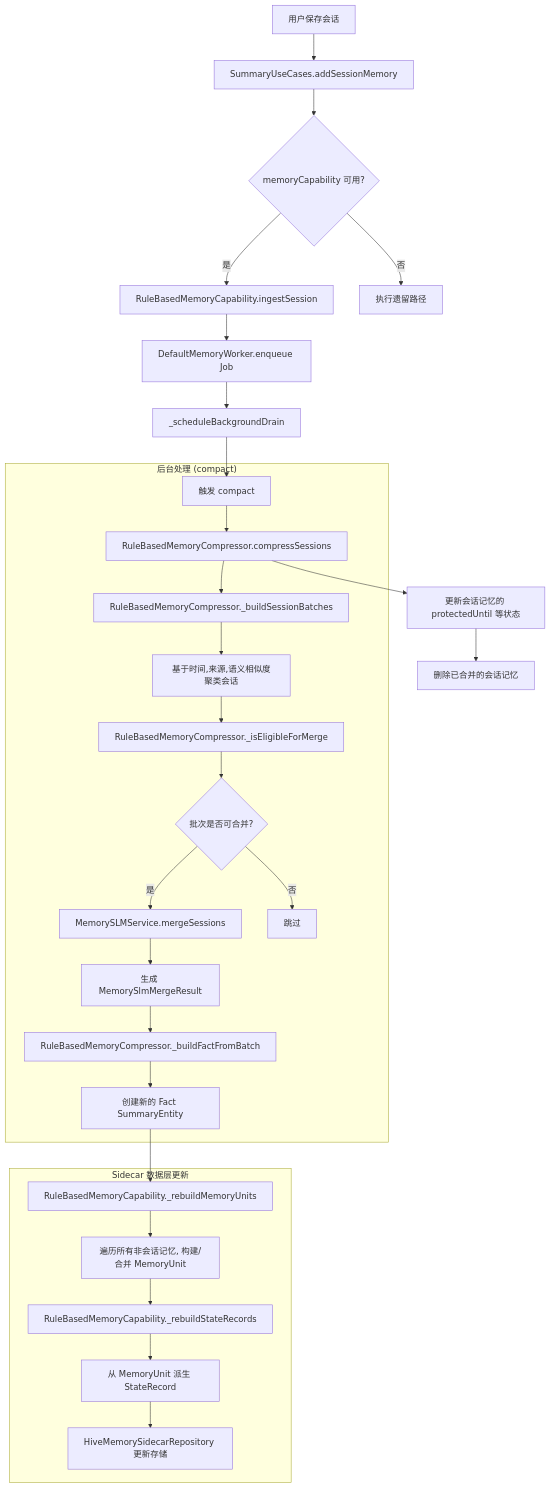
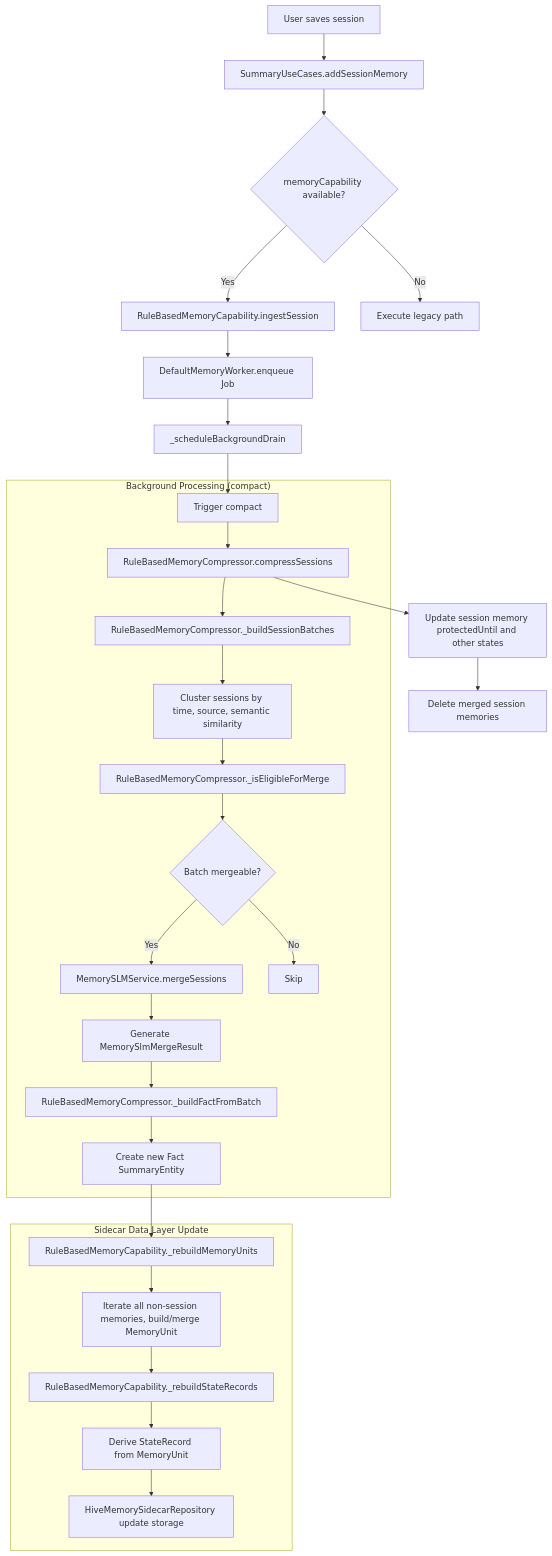
Before and after one commit to weihong363/local-vault: the diagram in docs/ENHANCEMENT_PROCESS.md, drawn with Mermaid. The commit also changed other lines of this file and 20 other files, not shown here.

````diff
--- a/docs/ENHANCEMENT_PROCESS.md
+++ b/docs/ENHANCEMENT_PROCESS.md
@@ -158,35 +187,35 @@
 ```mermaid
 graph TD
-    A[用户保存会话] --> B[SummaryUseCases.addSessionMemory]
-    B --> C{memoryCapability 可用?}
-    C -->|是| D[RuleBasedMemoryCapability.ingestSession]
-    C -->|否| E[执行遗留路径]
+  A[User saves session] --> B[SummaryUseCases.addSessionMemory]
+  B --> C{memoryCapability available?}
+  C -->|Yes| D[RuleBasedMemoryCapability.ingestSession]
+  C -->|No| E[Execute legacy path]
     D --> F[DefaultMemoryWorker.enqueue Job]
     F --> G[_scheduleBackgroundDrain]
-    G --> H[触发 compact]
+  G --> H[Trigger compact]
 
-    subgraph "后台处理 (compact)"
+  subgraph "Background Processing (compact)"
         H --> I[RuleBasedMemoryCompressor.compressSessions]
         I --> J[RuleBasedMemoryCompressor._buildSessionBatches]
-        J --> K[基于时间,来源,语义相似度聚类会话]
+    J --> K[Cluster sessions by time, source, semantic similarity]
         K --> L[RuleBasedMemoryCompressor._isEligibleForMerge]
-        L --> M{批次是否可合并?}
-        M -->|是| N[MemorySLMService.mergeSessions]
-        M -->|否| O[跳过]
-        N --> P[生成 MemorySlmMergeResult]
+    L --> M{Batch mergeable?}
+    M -->|Yes| N[MemorySLMService.mergeSessions]
+    M -->|No| O[Skip]
+    N --> P[Generate MemorySlmMergeResult]
         P --> Q[RuleBasedMemoryCompressor._buildFactFromBatch]
-        Q --> R[创建新的 Fact SummaryEntity]
+    Q --> R[Create new Fact SummaryEntity]
     end
 
-    subgraph "Sidecar 数据层更新"
+  subgraph "Sidecar Data Layer Update"
         R --> S[RuleBasedMemoryCapability._rebuildMemoryUnits]
-        S --> T[遍历所有非会话记忆, 构建/合并 MemoryUnit]
+    S --> T[Iterate all non-session memories, build/merge MemoryUnit]
         T --> U[RuleBasedMemoryCapability._rebuildStateRecords]
-        U --> V[从 MemoryUnit 派生 StateRecord]
-        V --> W[HiveMemorySidecarRepository 更新存储]
+    U --> V[Derive StateRecord from MemoryUnit]
+    V --> W[HiveMemorySidecarRepository update storage]
     end
 
-    I --> X[更新会话记忆的 protectedUntil 等状态]
-    X --> Y[删除已合并的会话记忆]
+  I --> X[Update session memory protectedUntil and other states]
+  X --> Y[Delete merged session memories]
 
 ```
````
